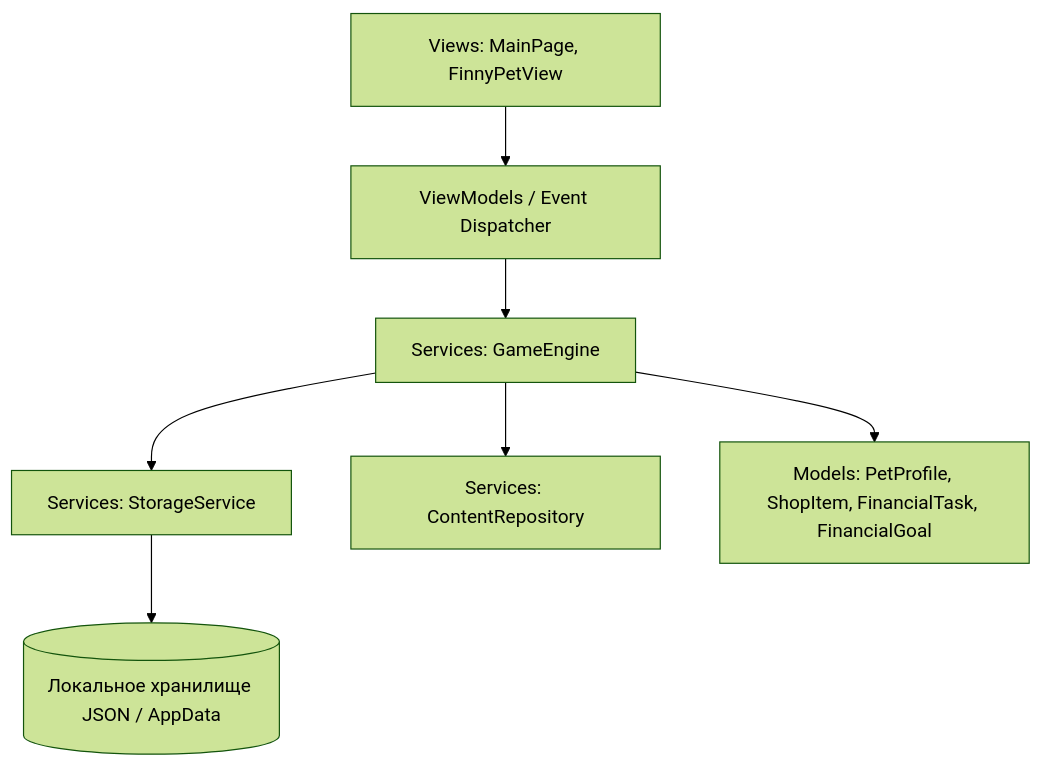
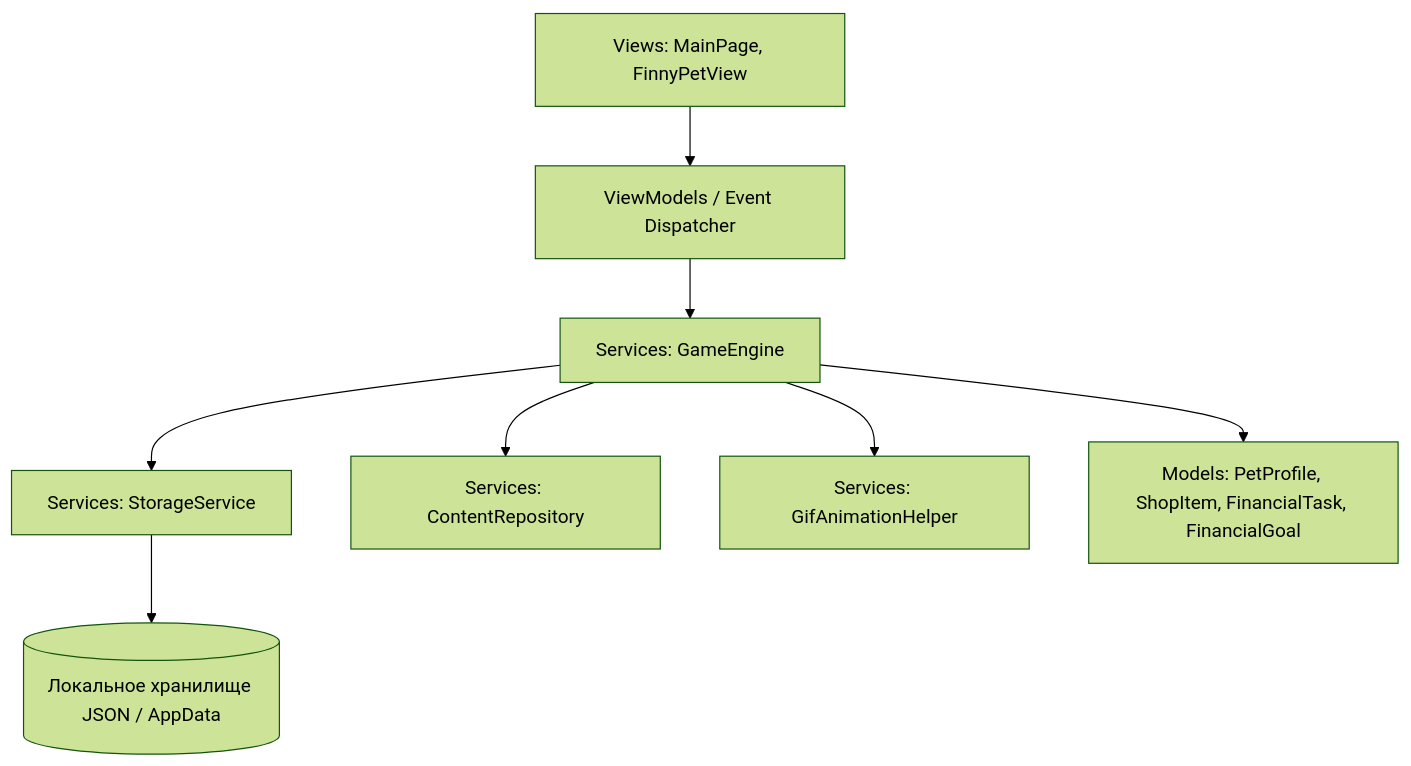
One commit to msgcg/FinAPP changed the diagram in docs/ARCHITECTURE_AND_SPEC.md. Above: the diagram before and after it, drawn with Mermaid (forest theme). The commit also changed other lines of this file and 7 other files, not shown here.

````diff
--- a/docs/ARCHITECTURE_AND_SPEC.md
+++ b/docs/ARCHITECTURE_AND_SPEC.md
@@ -24,9 +26,10 @@
 ```mermaid
 graph TD
     UI[Views: MainPage, FinnyPetView] --> VM[ViewModels / Event Dispatcher]
     VM --> Engine[Services: GameEngine]
     Engine --> Storage[Services: StorageService]
     Engine --> Content[Services: ContentRepository]
+    Engine --> AnimHelper[Services: GifAnimationHelper]
     Engine --> Models[Models: PetProfile, ShopItem, FinancialTask, FinancialGoal]
     Storage --> LocalJson[(Локальное хранилище JSON / AppData)]
 ```
````
